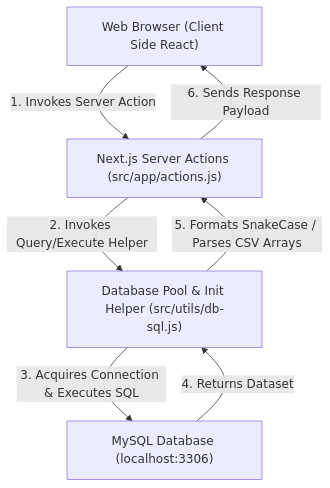
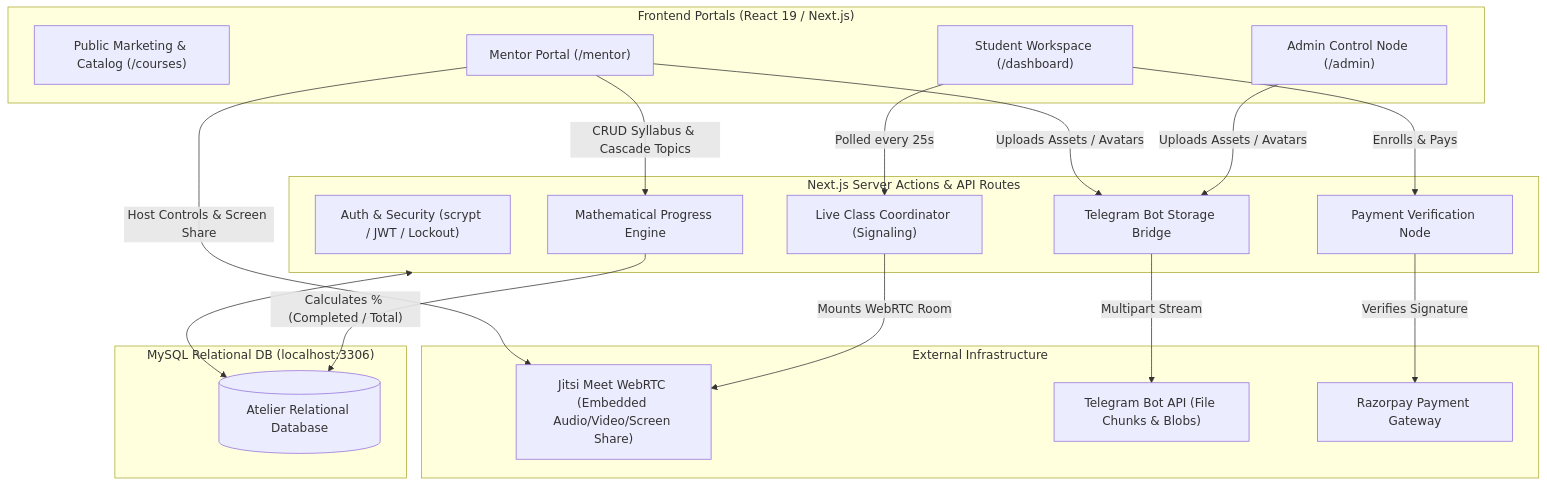
Before and after one commit to Srijesh-K/Atelier: the first of 2 diagrams in README.md, drawn with Mermaid. The commit also changed other lines of this file and 9 other files, not shown here.

Commit message:
feat(seo): strengthen SEO on all public routes, add dynamic Course JSON-LD schemas, and update comprehensive README

````diff
--- a/README.md
+++ b/README.md
@@ -11,14 +24,38 @@
 ```mermaid
 graph TD
-    Client["Web Browser (Client Side React)"]
-    ServerActions["Next.js Server Actions (src/app/actions.js)"]
-    MySQL["MySQL Database (localhost:3306)"]
-    DBHelper["Database Pool & Init Helper (src/utils/db-sql.js)"]
+    subgraph ClientLayer["Frontend Portals (React 19 / Next.js)"]
+        PublicApp["Public Marketing & Catalog (/courses)"]
+        StudentDash["Student Workspace (/dashboard)"]
+        MentorPortal["Mentor Portal (/mentor)"]
+        AdminConsole["Admin Control Node (/admin)"]
+    end
 
-    Client -- "1. Invokes Server Action" --> ServerActions
-    ServerActions -- "2. Invokes Query/Execute Helper" --> DBHelper
-    DBHelper -- "3. Acquires Connection & Executes SQL" --> MySQL
-    MySQL -- "4. Returns Dataset" --> DBHelper
-    DBHelper -- "5. Formats SnakeCase / Parses CSV Arrays" --> ServerActions
-    ServerActions -- "6. Sends Response Payload" --> Client
+    subgraph ServiceLayer["Next.js Server Actions & API Routes"]
+        AuthService["Auth & Security (scrypt / JWT / Lockout)"]
+        LiveService["Live Class Coordinator (Signaling)"]
+        SyllabusEngine["Mathematical Progress Engine"]
+        TelegramStorage["Telegram Bot Storage Bridge"]
+        RazorpayService["Payment Verification Node"]
+    end
+
+    subgraph ExternalServices["External Infrastructure"]
+        JitsiMeet["Jitsi Meet WebRTC (Embedded Audio/Video/Screen Share)"]
+        TelegramCloud["Telegram Bot API (File Chunks & Blobs)"]
+        RazorpayAPI["Razorpay Payment Gateway"]
+    end
+
+    subgraph DatabaseLayer["MySQL Relational DB (localhost:3306)"]
+        MySQL[(Atelier Relational Database)]
+    end
+
+    StudentDash -- "Polled every 25s" --> LiveService
+    LiveService -- "Mounts WebRTC Room" --> JitsiMeet
+    MentorPortal -- "Host Controls & Screen Share" --> JitsiMeet
+    MentorPortal -- "CRUD Syllabus & Cascade Topics" --> SyllabusEngine
+    SyllabusEngine -- "Calculates % (Completed / Total)" --> MySQL
+    AdminConsole & MentorPortal -- "Uploads Assets / Avatars" --> TelegramStorage
+    TelegramStorage -- "Multipart Stream" --> TelegramCloud
+    StudentDash -- "Enrolls & Pays" --> RazorpayService
+    RazorpayService -- "Verifies Signature" --> RazorpayAPI
+    ServiceLayer <--> MySQL
 ```
````
